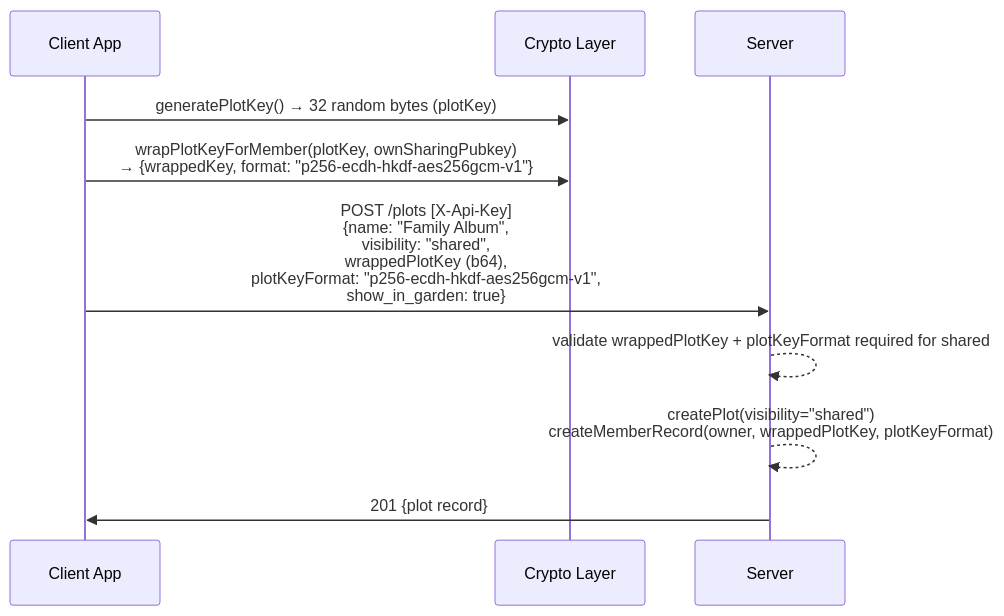
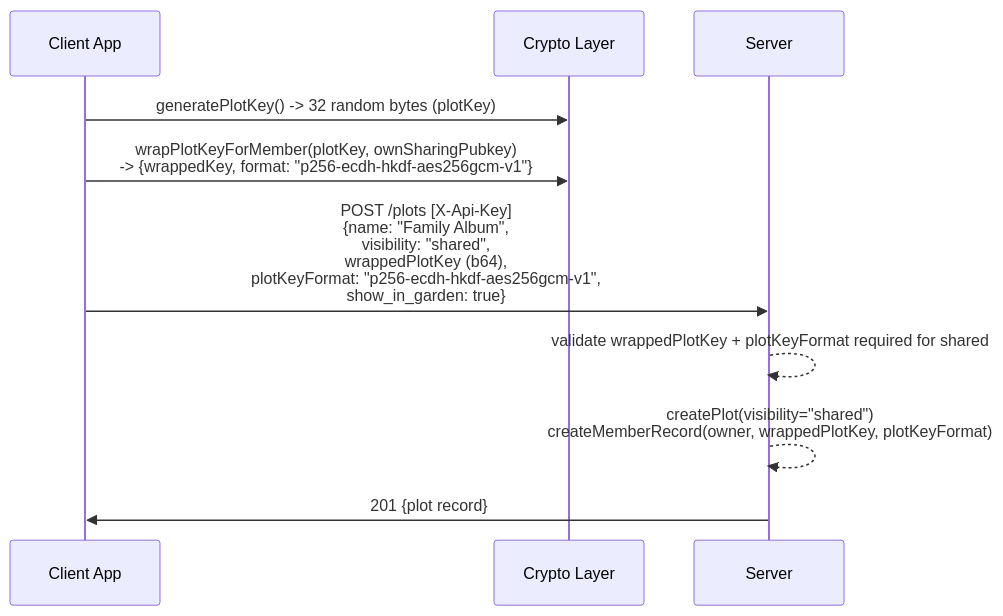
The third of 7 diagrams in docs/specs/plots.md (bacalv/Heirlooms), drawn with Mermaid before and after one commit. The commit also changed other lines of this file and 9 other files, not shown here.

First line of the commit message:
docs: fix Mermaid v11 syntax across all spec and testing diagrams

````diff
--- a/docs/specs/plots.md
+++ b/docs/specs/plots.md
@@ -79,14 +79,14 @@
 ```mermaid
 sequenceDiagram
     participant App as Client App
     participant C as Crypto Layer
     participant S as Server
 
-    App->>C: generatePlotKey() → 32 random bytes (plotKey)
-    App->>C: wrapPlotKeyForMember(plotKey, ownSharingPubkey)<br/>→ {wrappedKey, format: "p256-ecdh-hkdf-aes256gcm-v1"}
+    App->>C: generatePlotKey() -> 32 random bytes (plotKey)
+    App->>C: wrapPlotKeyForMember(plotKey, ownSharingPubkey)<br/>-> {wrappedKey, format: "p256-ecdh-hkdf-aes256gcm-v1"}
 
     App->>S: POST /plots [X-Api-Key]<br/>{name: "Family Album",<br/> visibility: "shared",<br/> wrappedPlotKey (b64),<br/> plotKeyFormat: "p256-ecdh-hkdf-aes256gcm-v1",<br/> show_in_garden: true}
     S-->>S: validate wrappedPlotKey + plotKeyFormat required for shared
     S-->>S: createPlot(visibility="shared")<br/>createMemberRecord(owner, wrappedPlotKey, plotKeyFormat)
     S->>App: 201 {plot record}
 ```
````
